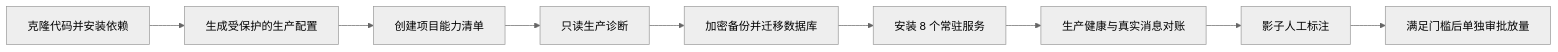
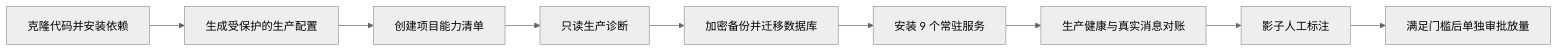
One commit to ruiwang20010702/ai-employee changed the diagram in docs/验收报告.md. Above: the diagram before and after it, drawn with Mermaid (neutral theme). The commit also changed other lines of this file and 33 other files, not shown here.

````diff
--- a/docs/验收报告.md
+++ b/docs/验收报告.md
@@ -40,11 +41,11 @@
 ```mermaid
 flowchart LR
     A[克隆代码并安装依赖] --> B[生成受保护的生产配置]
     B --> C[创建项目能力清单]
     C --> D[只读生产诊断]
     D --> E[加密备份并迁移数据库]
-    E --> F[安装 8 个常驻服务]
+    E --> F[安装 9 个常驻服务]
     F --> G[生产健康与真实消息对账]
     G --> H[影子人工标注]
     H --> I[满足门槛后单独审批放量]
 ```
````
